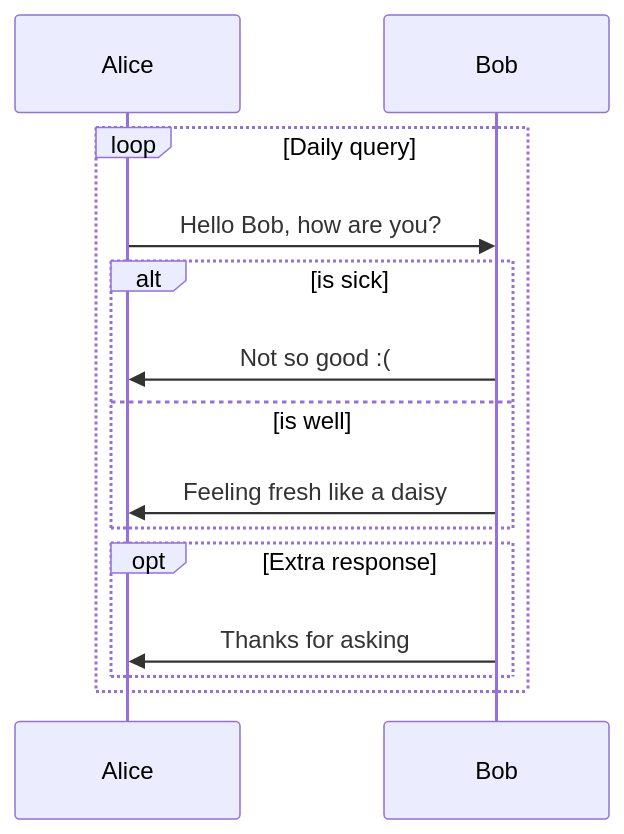
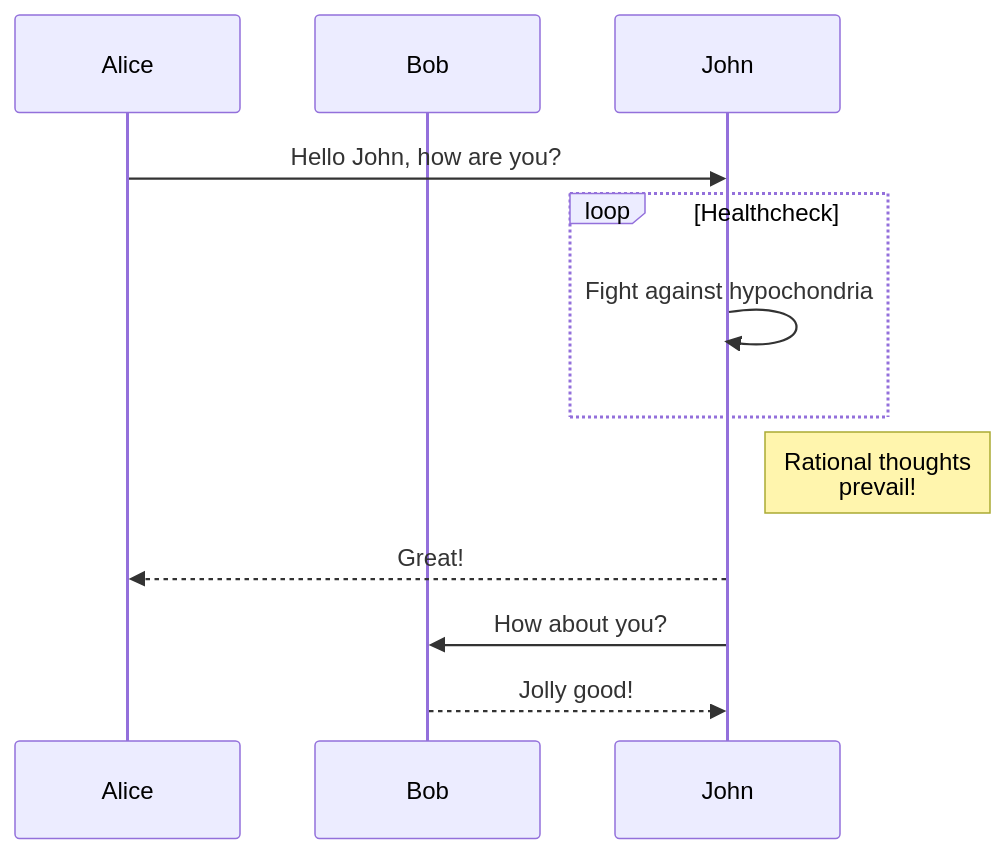
Before and after one commit to dvorka/mindforger-repository: the second of 3 diagrams in memory/mindforger/user-documentation.md, drawn with Mermaid. The commit also changed other lines of this file, not shown here.

Commit message:
Updating mermaid documentation.

````diff
--- a/memory/mindforger/user-documentation.md
+++ b/memory/mindforger/user-documentation.md
@@ -466,15 +467,13 @@
-```mermaid
+<div class="mermaid">
 sequenceDiagram
-    loop Daily query
-        Alice->>Bob: Hello Bob, how are you?
-        alt is sick
-            Bob->>Alice: Not so good :(
-        else is well
-            Bob->>Alice: Feeling fresh like a daisy
-        end
-
-        opt Extra response
-            Bob->>Alice: Thanks for asking
-        end
+    participant Alice
+    participant Bob
+    Alice->>John: Hello John, how are you?
+    loop Healthcheck
+        John->>John: Fight against hypochondria
     end
-```
+    Note right of John: Rational thoughts <br/>prevail!
+    John-->>Alice: Great!
+    John->>Bob: How about you?
+    Bob-->>John: Jolly good!
+</div>
````
